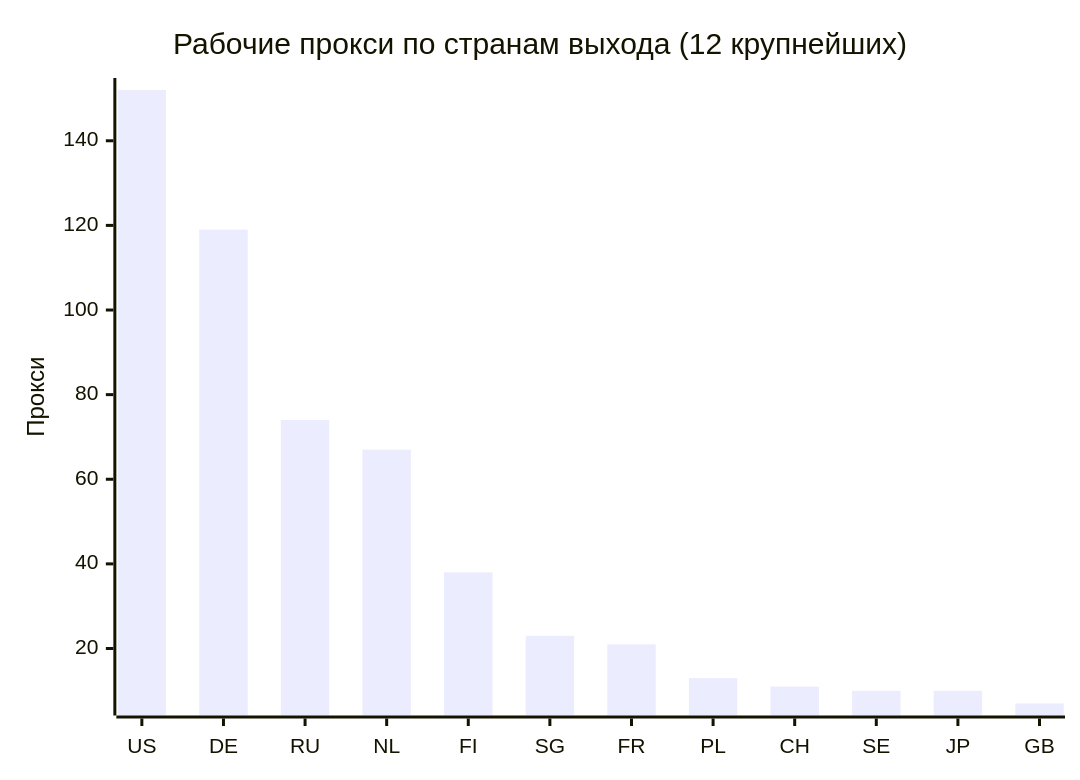
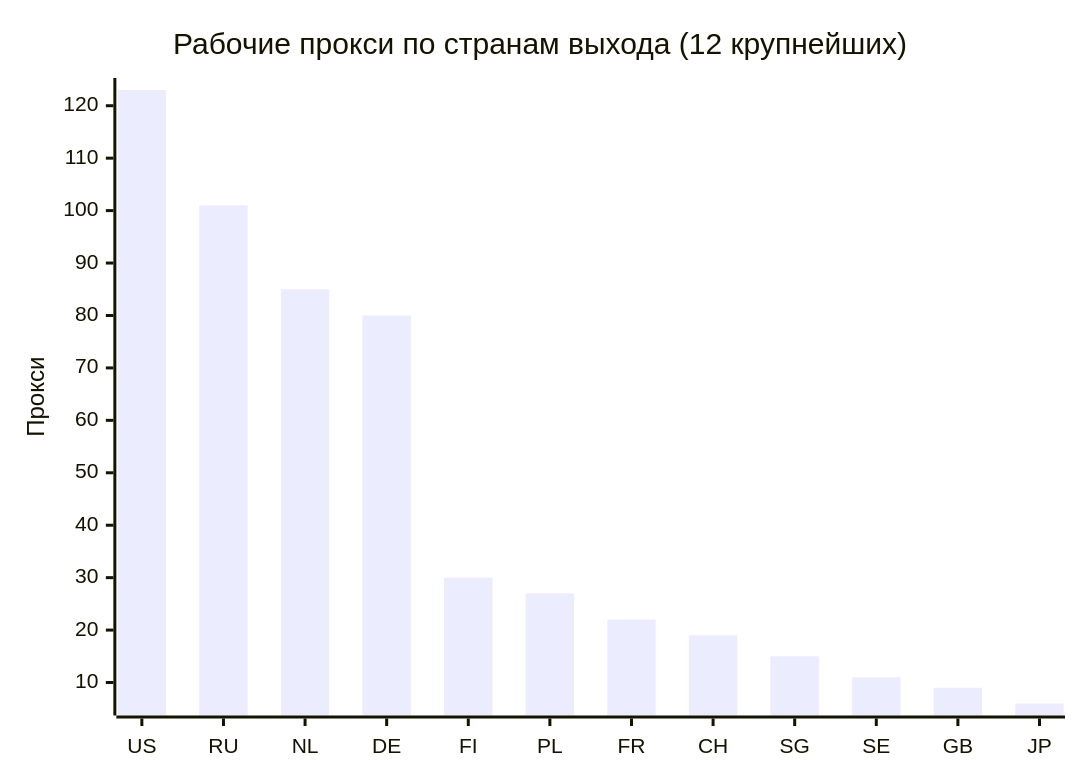
Before and after one commit to rvvg/proxy-subs: the second of 4 diagrams in README.md, drawn with Mermaid. The commit also changed other lines of this file and 47 other files, not shown here.

````diff
--- a/README.md
+++ b/README.md
@@ -125,7 +127,7 @@
 ```mermaid
 xychart-beta
     title "Рабочие прокси по странам выхода (12 крупнейших)"
-    x-axis ["US", "DE", "RU", "NL", "FI", "SG", "FR", "PL", "CH", "SE", "JP", "GB"]
+    x-axis ["US", "RU", "NL", "DE", "FI", "PL", "FR", "CH", "SG", "SE", "GB", "JP"]
     y-axis "Прокси"
-    bar [152, 119, 74, 67, 38, 23, 21, 13, 11, 10, 10, 7]
+    bar [123, 101, 85, 80, 30, 27, 22, 19, 15, 11, 9, 6]
 ```
````
